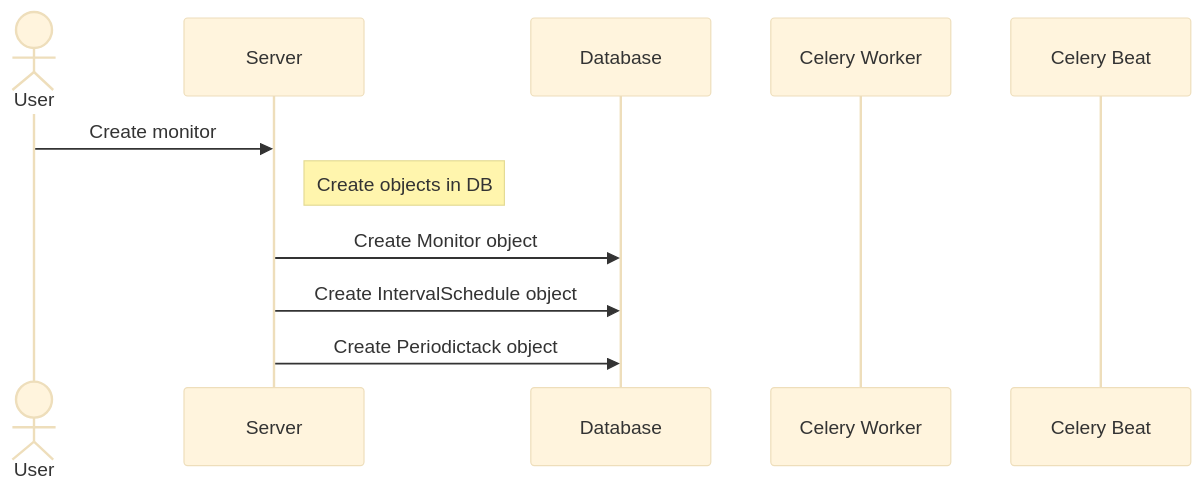
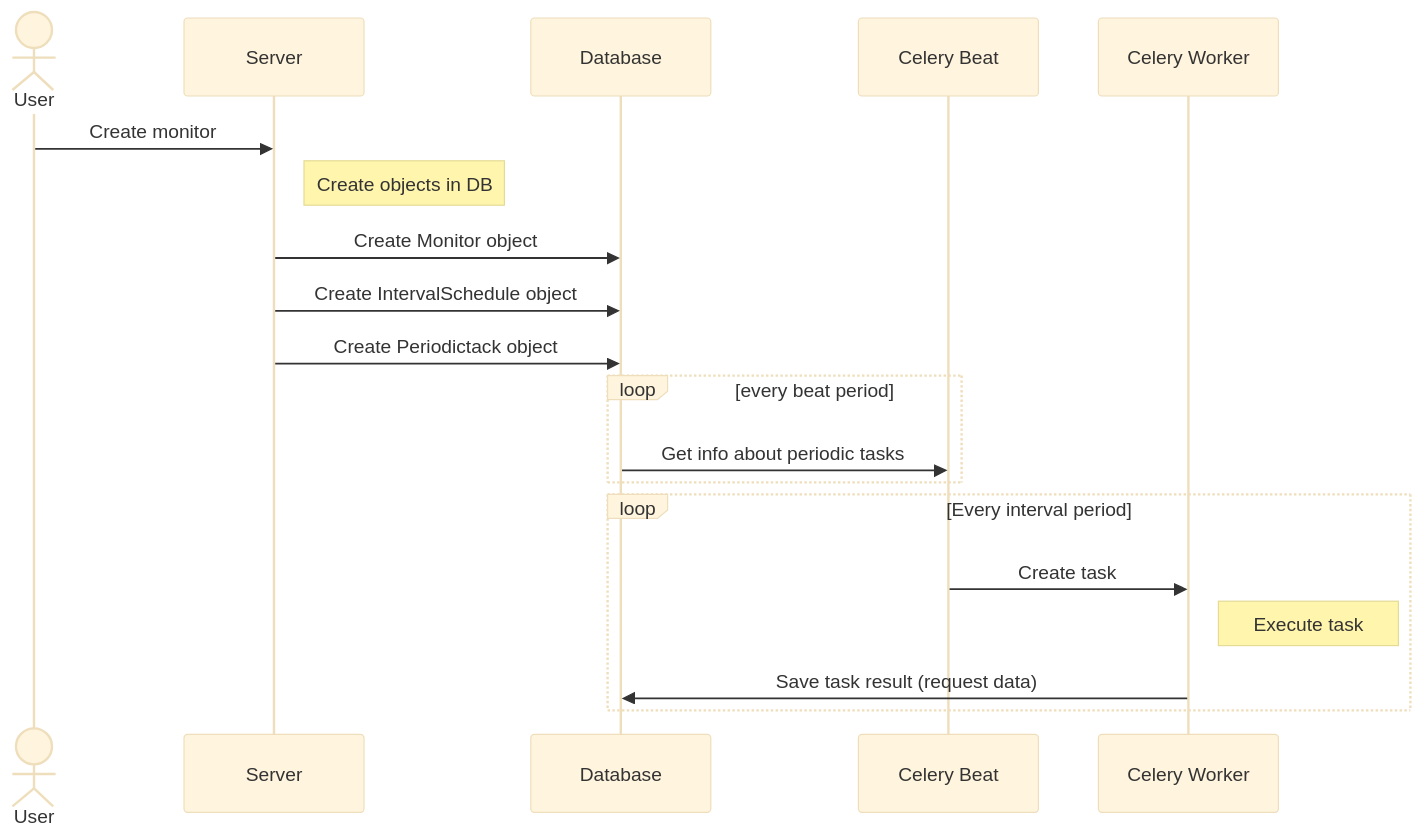
The diagram in README.md (saasitive/dynamically-update-periodic-tasks), drawn with Mermaid (base theme) before and after one commit. The commit also changed other lines of this file, not shown here.

````diff
--- a/README.md
+++ b/README.md
@@ -13,18 +15,24 @@
 ```mermaid
 sequenceDiagram
     actor U as User
     participant S as Server
     participant DB as Database
+    participant B as Celery Beat
     participant W as Celery Worker
-    participant B as Celery Beat
-    
     
     U->>S: Create monitor 
     Note right of S: Create objects in DB
     S->>DB: Create Monitor object
     S->>DB: Create IntervalSchedule object
     S->>DB: Create Periodictack object
     
-    
+    loop every beat period
+        DB->>B: Get info about periodic tasks
+    end
+    loop Every interval period
+        B->>W: Create task
+        Note right of W: Execute task
+        W->>DB: Save task result (request data)
+    end 
     
 ```
````
